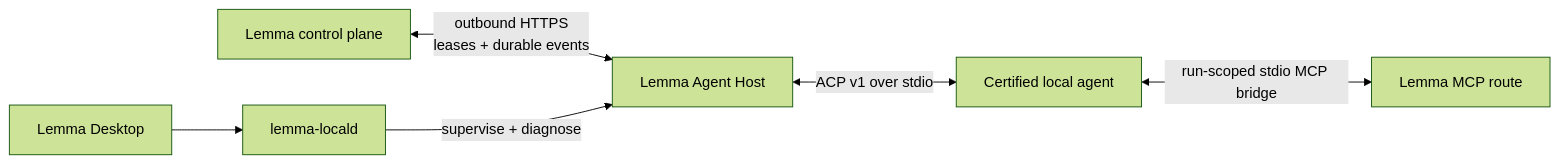
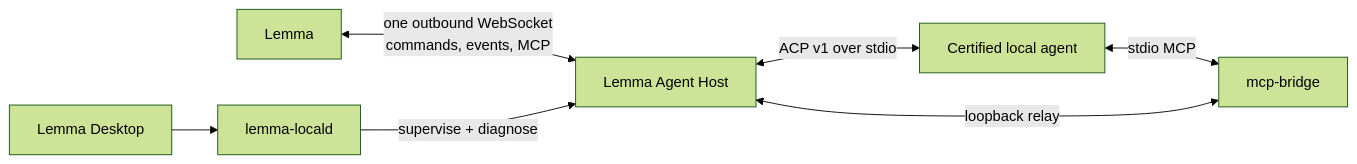
Before and after one commit to lemma-work/lemma-platform: the diagram in desktop/agent-host/README.md, drawn with Mermaid (forest theme). The commit also changed other lines of this file and 19 other files, not shown here.

Commit message:
Port the Agent Host integration tests to the link

````diff
--- a/desktop/agent-host/README.md
+++ b/desktop/agent-host/README.md
@@ -18,8 +18,9 @@
 ```mermaid
 flowchart LR
-    L["Lemma control plane"] <-->|"outbound HTTPS<br/>leases + durable events"| H["Lemma Agent Host"]
+    L["Lemma"] <-->|"one outbound WebSocket<br/>commands, events, MCP"| H["Lemma Agent Host"]
     H <-->|"ACP v1 over stdio"| A["Certified local agent"]
-    A <-->|"run-scoped stdio MCP bridge"| M["Lemma MCP route"]
+    A <-->|"stdio MCP"| B["mcp-bridge"]
+    B <-->|"loopback relay"| H
     D["Lemma Desktop"] --> LD["lemma-locald"]
     LD -->|"supervise + diagnose"| H
 ```
````
